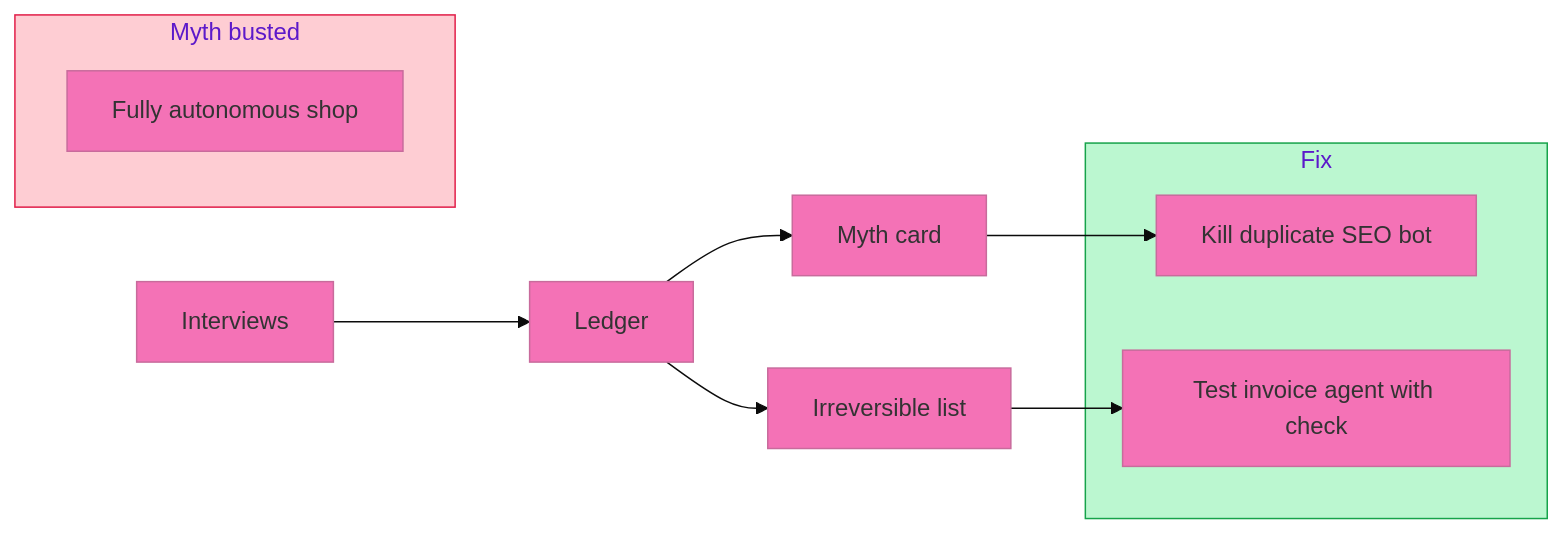
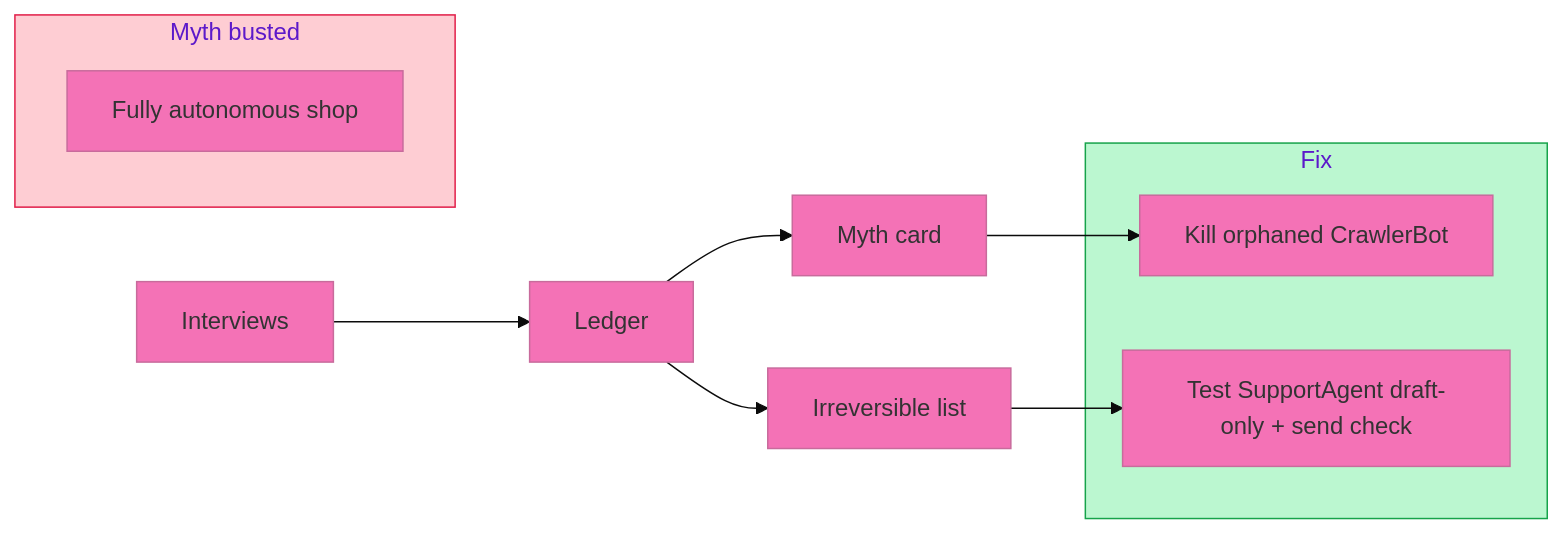
One commit to p10ns11y/plugins changed the diagram in ai-flow-audit/examples/paper-lantern-worked-example.md. Above: the diagram before and after it, drawn with Mermaid. The commit also changed other lines of this file and 5 other files, not shown here.

First line of the commit message:
docs(ai-flow-audit): reviewer fixes — myth question, rungs, meetings, diagram

````diff
--- a/ai-flow-audit/examples/paper-lantern-worked-example.md
+++ b/ai-flow-audit/examples/paper-lantern-worked-example.md
@@ -5,18 +5,18 @@
 ```mermaid
 %%{init: {'theme': 'base', 'themeVariables': { 'primaryColor': '#f472b6', 'secondaryColor': '#38bdf8', 'tertiaryColor': '#a3e635'}}}%%
 flowchart LR
   subgraph myth["Myth busted"]
     M1["Fully autonomous shop"]
   end
   subgraph fix["Fix"]
-    K1["Kill duplicate SEO bot"]
-    T1["Test invoice agent with check"]
+    K1["Kill orphaned CrawlerBot"]
+    T1["Test SupportAgent draft-only + send check"]
   end
   INV[Interviews] --> LED[Ledger]
   LED --> MYTH[Myth card]
   LED --> IRR[Irreversible list]
   MYTH --> K1
   IRR --> T1
   style myth fill:#fecdd3,stroke:#e11d48
   style fix fill:#bbf7d0,stroke:#16a34a
 ```
````
